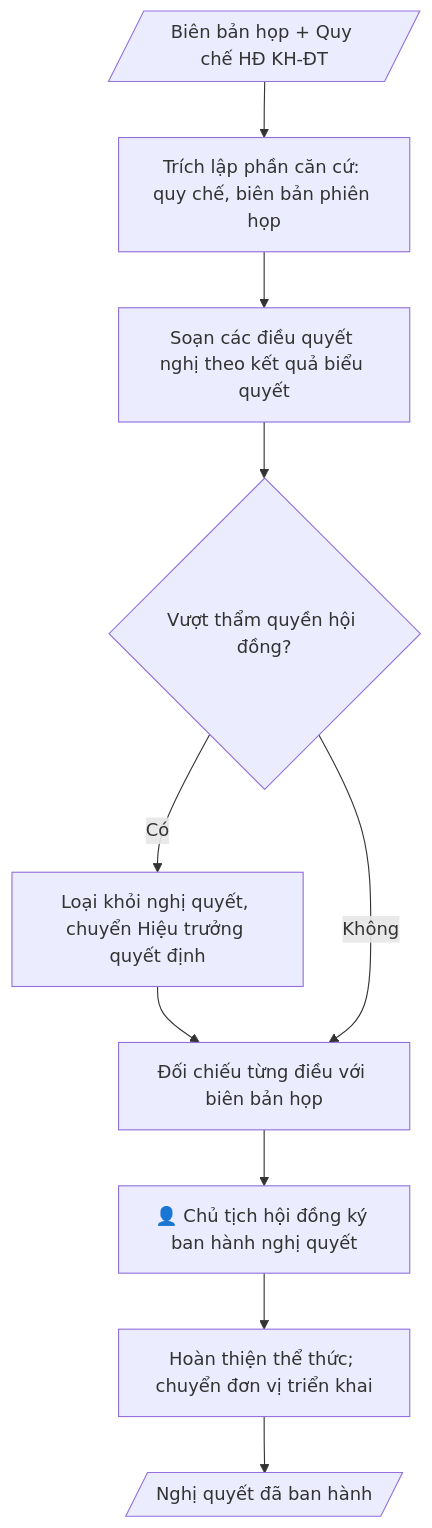
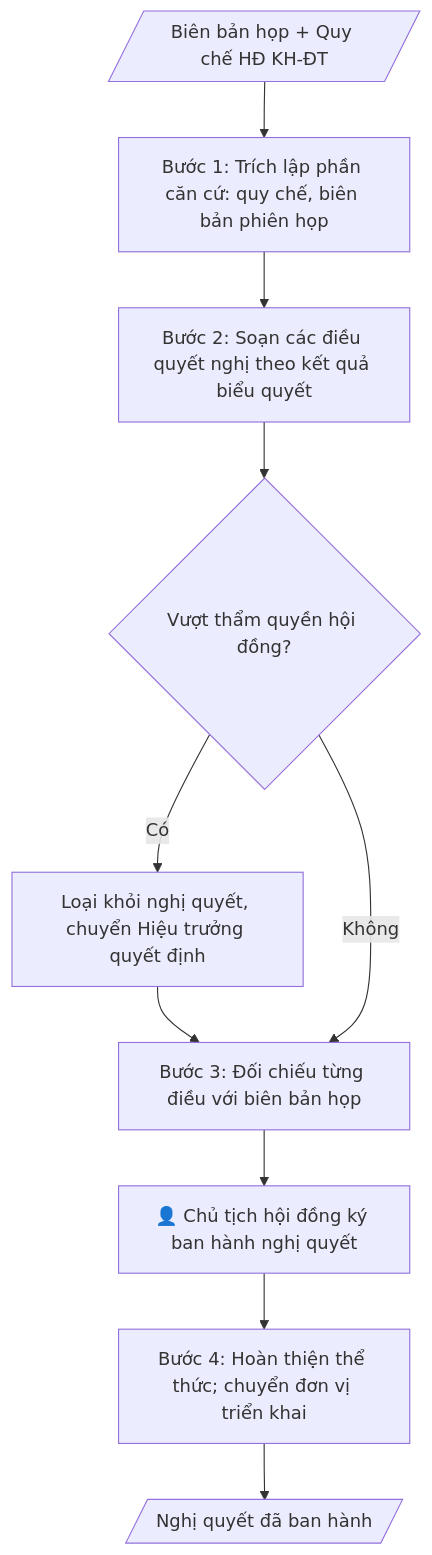
One commit to phamtruong91/dh-skills changed the diagram in skills/nghi-quyet-hoi-dong-khdt/SKILL.md. Above: the diagram before and after it, drawn with Mermaid. The commit also changed 124 other files, not shown here.

````diff
--- a/skills/nghi-quyet-hoi-dong-khdt/SKILL.md
+++ b/skills/nghi-quyet-hoi-dong-khdt/SKILL.md
@@ -69,16 +69,16 @@
 ```mermaid
 flowchart TD
     A[/"Biên bản họp + Quy chế HĐ KH-ĐT"/]
-    B["Trích lập phần căn cứ: quy chế, biên bản phiên họp"]
-    C["Soạn các điều quyết nghị theo kết quả biểu quyết"]
+    B["Bước 1: Trích lập phần căn cứ: quy chế, biên bản phiên họp"]
+    C["Bước 2: Soạn các điều quyết nghị theo kết quả biểu quyết"]
     D{"Vượt thẩm quyền hội đồng?"}
     E["Loại khỏi nghị quyết, chuyển Hiệu trưởng quyết định"]
-    F["Đối chiếu từng điều với biên bản họp"]
+    F["Bước 3: Đối chiếu từng điều với biên bản họp"]
     HG["👤 Chủ tịch hội đồng ký ban hành nghị quyết"]
-    G["Hoàn thiện thể thức; chuyển đơn vị triển khai"]
+    G["Bước 4: Hoàn thiện thể thức; chuyển đơn vị triển khai"]
     H[/"Nghị quyết đã ban hành"/]
     A --> B --> C --> D
     D -->|Có| E --> F
     D -->|Không| F
     F --> HG --> G --> H
 ```
````
